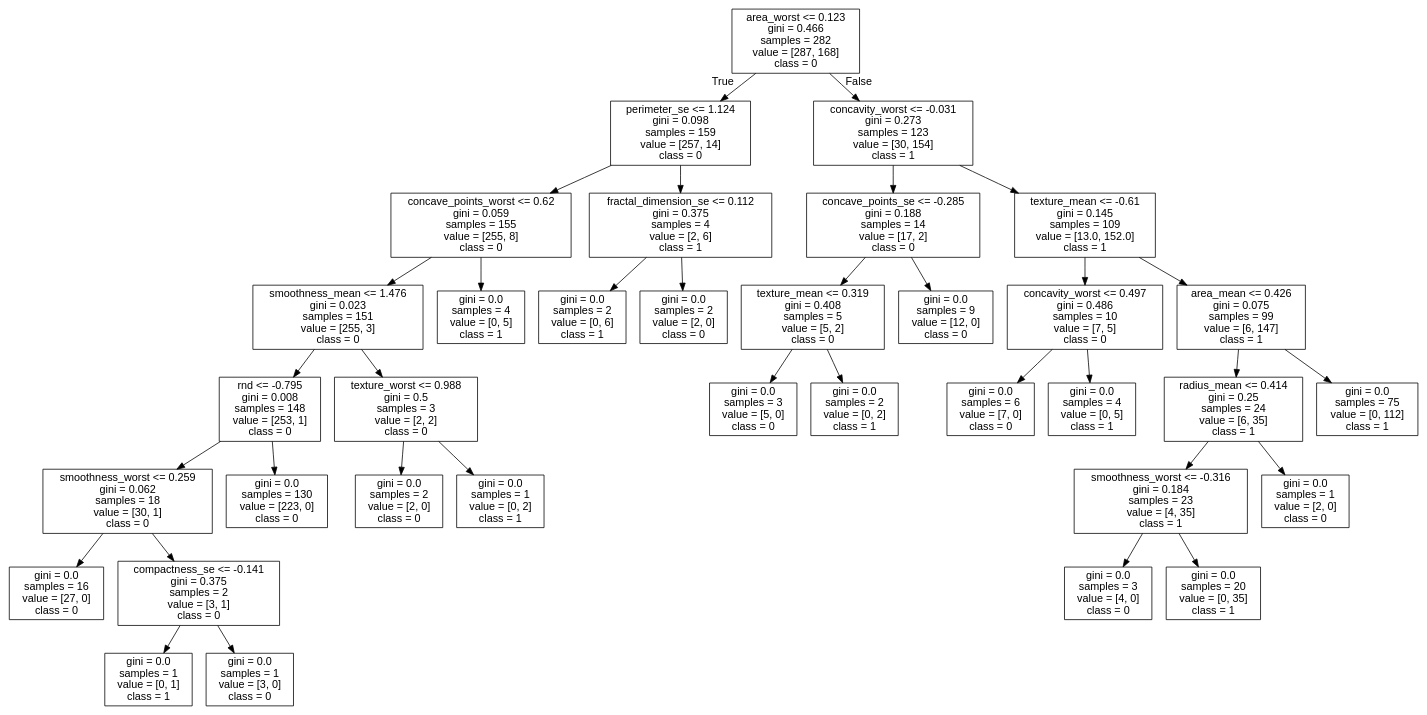
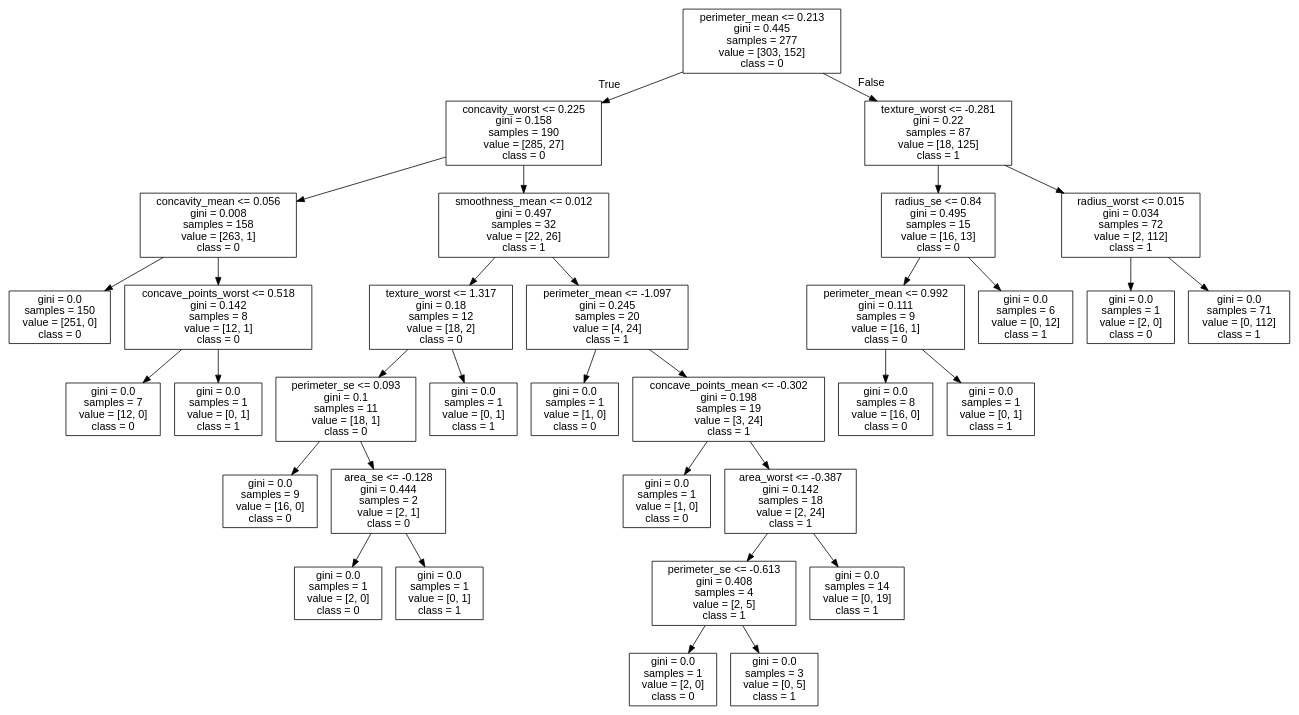
Before and after one commit to cyrilvincent/ML: the diagram in data/breast-cancer/tree.dot, drawn with Graphviz. The commit also changed 1 other file, not shown here.

```diff
--- a/data/breast-cancer/tree.dot
+++ b/data/breast-cancer/tree.dot
@@ -1,73 +1,69 @@
 digraph Tree {
 node [shape=box, fontname="helvetica"] ;
 edge [fontname="helvetica"] ;
-0 [label="area_worst <= 0.123\ngini = 0.466\nsamples = 282\nvalue = [287, 168]\nclass = 0"] ;
-1 [label="perimeter_se <= 1.124\ngini = 0.098\nsamples = 159\nvalue = [257, 14]\nclass = 0"] ;
+0 [label="perimeter_mean <= 0.213\ngini = 0.445\nsamples = 277\nvalue = [303, 152]\nclass = 0"] ;
+1 [label="concavity_worst <= 0.225\ngini = 0.158\nsamples = 190\nvalue = [285, 27]\nclass = 0"] ;
 0 -> 1 [labeldistance=2.5, labelangle=45, headlabel="True"] ;
-2 [label="concave_points_worst <= 0.62\ngini = 0.059\nsamples = 155\nvalue = [255, 8]\nclass = 0"] ;
+2 [label="concavity_mean <= 0.056\ngini = 0.008\nsamples = 158\nvalue = [263, 1]\nclass = 0"] ;
 1 -> 2 ;
-3 [label="smoothness_mean <= 1.476\ngini = 0.023\nsamples = 151\nvalue = [255, 3]\nclass = 0"] ;
+3 [label="gini = 0.0\nsamples = 150\nvalue = [251, 0]\nclass = 0"] ;
 2 -> 3 ;
-4 [label="rnd <= -0.795\ngini = 0.008\nsamples = 148\nvalue = [253, 1]\nclass = 0"] ;
-3 -> 4 ;
-5 [label="smoothness_worst <= 0.259\ngini = 0.062\nsamples = 18\nvalue = [30, 1]\nclass = 0"] ;
+4 [label="concave_points_worst <= 0.518\ngini = 0.142\nsamples = 8\nvalue = [12, 1]\nclass = 0"] ;
+2 -> 4 ;
+5 [label="gini = 0.0\nsamples = 7\nvalue = [12, 0]\nclass = 0"] ;
 4 -> 5 ;
-6 [label="gini = 0.0\nsamples = 16\nvalue = [27, 0]\nclass = 0"] ;
-5 -> 6 ;
-7 [label="compactness_se <= -0.141\ngini = 0.375\nsamples = 2\nvalue = [3, 1]\nclass = 0"] ;
-5 -> 7 ;
-8 [label="gini = 0.0\nsamples = 1\nvalue = [0, 1]\nclass = 1"] ;
+6 [label="gini = 0.0\nsamples = 1\nvalue = [0, 1]\nclass = 1"] ;
+4 -> 6 ;
+7 [label="smoothness_mean <= 0.012\ngini = 0.497\nsamples = 32\nvalue = [22, 26]\nclass = 1"] ;
+1 -> 7 ;
+8 [label="texture_worst <= 1.317\ngini = 0.18\nsamples = 12\nvalue = [18, 2]\nclass = 0"] ;
 7 -> 8 ;
-9 [label="gini = 0.0\nsamples = 1\nvalue = [3, 0]\nclass = 0"] ;
-7 -> 9 ;
-10 [label="gini = 0.0\nsamples = 130\nvalue = [223, 0]\nclass = 0"] ;
-4 -> 10 ;
-11 [label="texture_worst <= 0.988\ngini = 0.5\nsamples = 3\nvalue = [2, 2]\nclass = 0"] ;
-3 -> 11 ;
-12 [label="gini = 0.0\nsamples = 2\nvalue = [2, 0]\nclass = 0"] ;
+9 [label="perimeter_se <= 0.093\ngini = 0.1\nsamples = 11\nvalue = [18, 1]\nclass = 0"] ;
+8 -> 9 ;
+10 [label="gini = 0.0\nsamples = 9\nvalue = [16, 0]\nclass = 0"] ;
+9 -> 10 ;
+11 [label="area_se <= -0.128\ngini = 0.444\nsamples = 2\nvalue = [2, 1]\nclass = 0"] ;
+9 -> 11 ;
+12 [label="gini = 0.0\nsamples = 1\nvalue = [2, 0]\nclass = 0"] ;
 11 -> 12 ;
-13 [label="gini = 0.0\nsamples = 1\nvalue = [0, 2]\nclass = 1"] ;
+13 [label="gini = 0.0\nsamples = 1\nvalue = [0, 1]\nclass = 1"] ;
 11 -> 13 ;
-14 [label="gini = 0.0\nsamples = 4\nvalue = [0, 5]\nclass = 1"] ;
-2 -> 14 ;
-15 [label="fractal_dimension_se <= 0.112\ngini = 0.375\nsamples = 4\nvalue = [2, 6]\nclass = 1"] ;
-1 -> 15 ;
-16 [label="gini = 0.0\nsamples = 2\nvalue = [0, 6]\nclass = 1"] ;
+14 [label="gini = 0.0\nsamples = 1\nvalue = [0, 1]\nclass = 1"] ;
+8 -> 14 ;
+15 [label="perimeter_mean <= -1.097\ngini = 0.245\nsamples = 20\nvalue = [4, 24]\nclass = 1"] ;
+7 -> 15 ;
+16 [label="gini = 0.0\nsamples = 1\nvalue = [1, 0]\nclass = 0"] ;
 15 -> 16 ;
-17 [label="gini = 0.0\nsamples = 2\nvalue = [2, 0]\nclass = 0"] ;
+17 [label="concave_points_mean <= -0.302\ngini = 0.198\nsamples = 19\nvalue = [3, 24]\nclass = 1"] ;
 15 -> 17 ;
-18 [label="concavity_worst <= -0.031\ngini = 0.273\nsamples = 123\nvalue = [30, 154]\nclass = 1"] ;
-0 -> 18 [labeldistance=2.5, labelangle=-45, headlabel="False"] ;
-19 [label="concave_points_se <= -0.285\ngini = 0.188\nsamples = 14\nvalue = [17, 2]\nclass = 0"] ;
-18 -> 19 ;
-20 [label="texture_mean <= 0.319\ngini = 0.408\nsamples = 5\nvalue = [5, 2]\nclass = 0"] ;
+18 [label="gini = 0.0\nsamples = 1\nvalue = [1, 0]\nclass = 0"] ;
+17 -> 18 ;
+19 [label="area_worst <= -0.387\ngini = 0.142\nsamples = 18\nvalue = [2, 24]\nclass = 1"] ;
+17 -> 19 ;
+20 [label="perimeter_se <= -0.613\ngini = 0.408\nsamples = 4\nvalue = [2, 5]\nclass = 1"] ;
 19 -> 20 ;
-21 [label="gini = 0.0\nsamples = 3\nvalue = [5, 0]\nclass = 0"] ;
+21 [label="gini = 0.0\nsamples = 1\nvalue = [2, 0]\nclass = 0"] ;
 20 -> 21 ;
-22 [label="gini = 0.0\nsamples = 2\nvalue = [0, 2]\nclass = 1"] ;
+22 [label="gini = 0.0\nsamples = 3\nvalue = [0, 5]\nclass = 1"] ;
 20 -> 22 ;
-23 [label="gini = 0.0\nsamples = 9\nvalue = [12, 0]\nclass = 0"] ;
+23 [label="gini = 0.0\nsamples = 14\nvalue = [0, 19]\nclass = 1"] ;
 19 -> 23 ;
-24 [label="texture_mean <= -0.61\ngini = 0.145\nsamples = 109\nvalue = [13.0, 152.0]\nclass = 1"] ;
-18 -> 24 ;
-25 [label="concavity_worst <= 0.497\ngini = 0.486\nsamples = 10\nvalue = [7, 5]\nclass = 0"] ;
+24 [label="texture_worst <= -0.281\ngini = 0.22\nsamples = 87\nvalue = [18, 125]\nclass = 1"] ;
+0 -> 24 [labeldistance=2.5, labelangle=-45, headlabel="False"] ;
+25 [label="radius_se <= 0.84\ngini = 0.495\nsamples = 15\nvalue = [16, 13]\nclass = 0"] ;
 24 -> 25 ;
-26 [label="gini = 0.0\nsamples = 6\nvalue = [7, 0]\nclass = 0"] ;
+26 [label="perimeter_mean <= 0.992\ngini = 0.111\nsamples = 9\nvalue = [16, 1]\nclass = 0"] ;
 25 -> 26 ;
-27 [label="gini = 0.0\nsamples = 4\nvalue = [0, 5]\nclass = 1"] ;
-25 -> 27 ;
-28 [label="area_mean <= 0.426\ngini = 0.075\nsamples = 99\nvalue = [6, 147]\nclass = 1"] ;
-24 -> 28 ;
-29 [label="radius_mean <= 0.414\ngini = 0.25\nsamples = 24\nvalue = [6, 35]\nclass = 1"] ;
-28 -> 29 ;
-30 [label="smoothness_worst <= -0.316\ngini = 0.184\nsamples = 23\nvalue = [4, 35]\nclass = 1"] ;
-29 -> 30 ;
-31 [label="gini = 0.0\nsamples = 3\nvalue = [4, 0]\nclass = 0"] ;
+27 [label="gini = 0.0\nsamples = 8\nvalue = [16, 0]\nclass = 0"] ;
+26 -> 27 ;
+28 [label="gini = 0.0\nsamples = 1\nvalue = [0, 1]\nclass = 1"] ;
+26 -> 28 ;
+29 [label="gini = 0.0\nsamples = 6\nvalue = [0, 12]\nclass = 1"] ;
+25 -> 29 ;
+30 [label="radius_worst <= 0.015\ngini = 0.034\nsamples = 72\nvalue = [2, 112]\nclass = 1"] ;
+24 -> 30 ;
+31 [label="gini = 0.0\nsamples = 1\nvalue = [2, 0]\nclass = 0"] ;
 30 -> 31 ;
-32 [label="gini = 0.0\nsamples = 20\nvalue = [0, 35]\nclass = 1"] ;
+32 [label="gini = 0.0\nsamples = 71\nvalue = [0, 112]\nclass = 1"] ;
 30 -> 32 ;
-33 [label="gini = 0.0\nsamples = 1\nvalue = [2, 0]\nclass = 0"] ;
-29 -> 33 ;
-34 [label="gini = 0.0\nsamples = 75\nvalue = [0, 112]\nclass = 1"] ;
-28 -> 34 ;
 }
```
